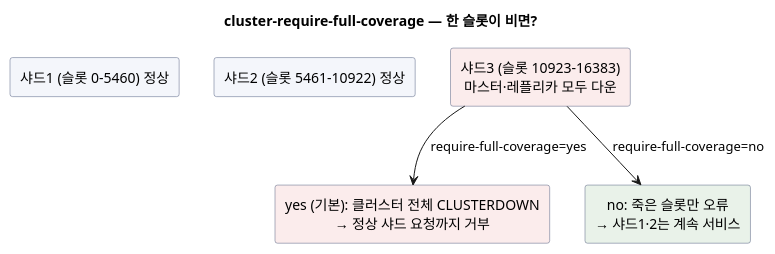
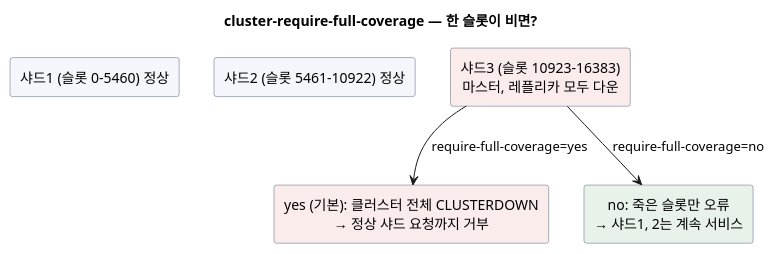
One commit to johnycho/johny-dev changed the third of 3 diagrams in blog/2026-09-15-redis-cluster-failover-failures.mdx. Above: the diagram before and after it, drawn with PlantUML. The commit also changed other lines of this file and 188 other files, not shown here.

````diff
--- a/blog/2026-09-15-redis-cluster-failover-failures.mdx
+++ b/blog/2026-09-15-redis-cluster-failover-failures.mdx
@@ -148,20 +148,20 @@
 ```plantuml
 @startuml
 skinparam defaultTextAlignment center
 skinparam rectangle {
   BackgroundColor #F4F6FB
   BorderColor #556080
 }
 title cluster-require-full-coverage — 한 슬롯이 비면?
 
 rectangle "샤드1 (슬롯 0-5460) 정상" as s1
 rectangle "샤드2 (슬롯 5461-10922) 정상" as s2
-rectangle "샤드3 (슬롯 10923-16383)\n마스터·레플리카 모두 다운" as s3 #FBECEC
+rectangle "샤드3 (슬롯 10923-16383)\n마스터, 레플리카 모두 다운" as s3 #FBECEC
 
 rectangle "yes (기본): 클러스터 전체 CLUSTERDOWN\n→ 정상 샤드 요청까지 거부" as r1 #FBECEC
-rectangle "no: 죽은 슬롯만 오류\n→ 샤드1·2는 계속 서비스" as r2 #E9F2E9
+rectangle "no: 죽은 슬롯만 오류\n→ 샤드1, 2는 계속 서비스" as r2 #E9F2E9
 
 s3 --> r1 : require-full-coverage=yes
 s3 --> r2 : require-full-coverage=no
 @enduml
 ```
````
